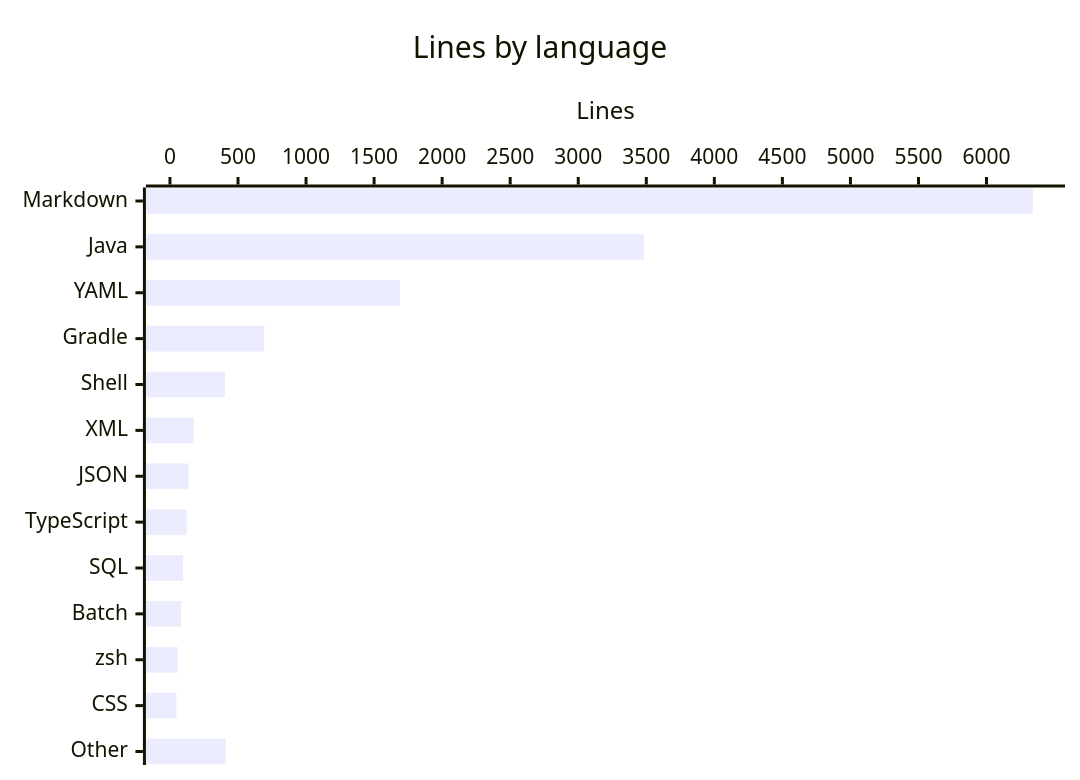
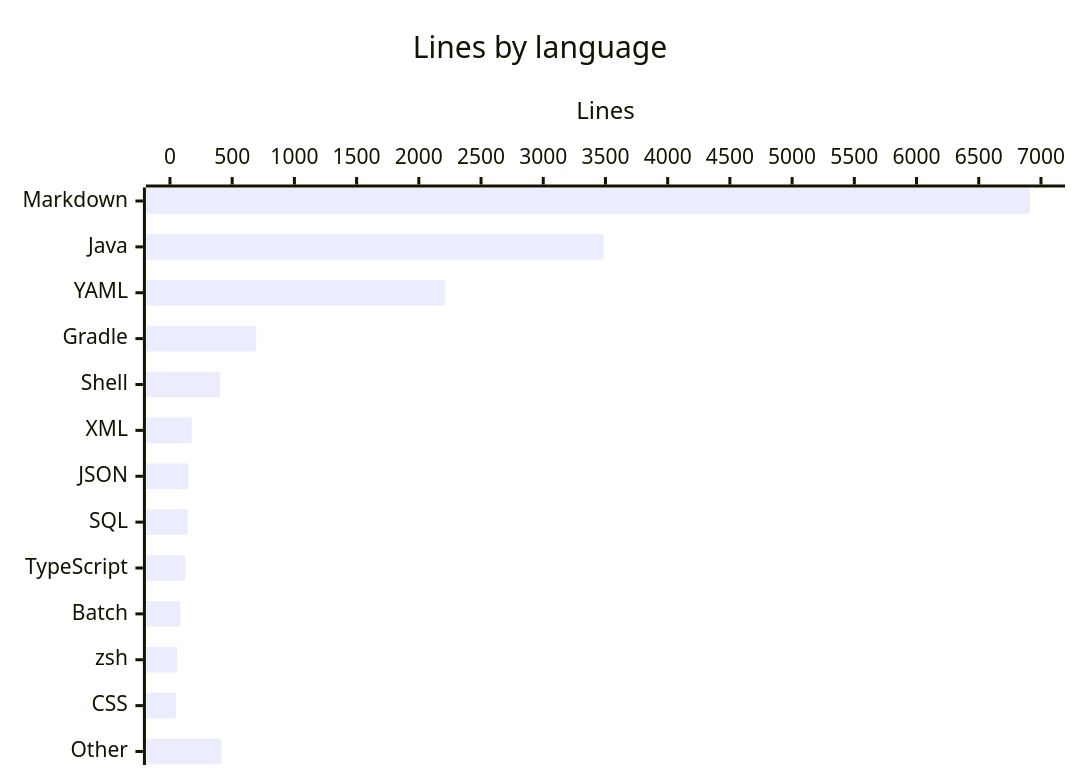
The first of 2 diagrams in droid-wiki/by-the-numbers.md (factory-aj-pahl/mockingbird-bank), drawn with Mermaid before and after one commit. The commit also changed other lines of this file and 21 other files, not shown here.

````diff
--- a/droid-wiki/by-the-numbers.md
+++ b/droid-wiki/by-the-numbers.md
@@ -13,7 +13,7 @@
 ```mermaid
 xychart-beta horizontal
     title "Lines by language"
-    x-axis ["Markdown", "Java", "YAML", "Gradle", "Shell", "XML", "JSON", "TypeScript", "SQL", "Batch", "zsh", "CSS", "Other"]
-    y-axis "Lines" 0 --> 6400
-    bar [6341, 3484, 1690, 693, 404, 175, 136, 123, 97, 82, 58, 47, 410]
+    x-axis ["Markdown", "Java", "YAML", "Gradle", "Shell", "XML", "JSON", "SQL", "TypeScript", "Batch", "zsh", "CSS", "Other"]
+    y-axis "Lines" 0 --> 7000
+    bar [6911, 3484, 2211, 693, 404, 175, 150, 140, 123, 82, 58, 47, 414]
 ```
````
